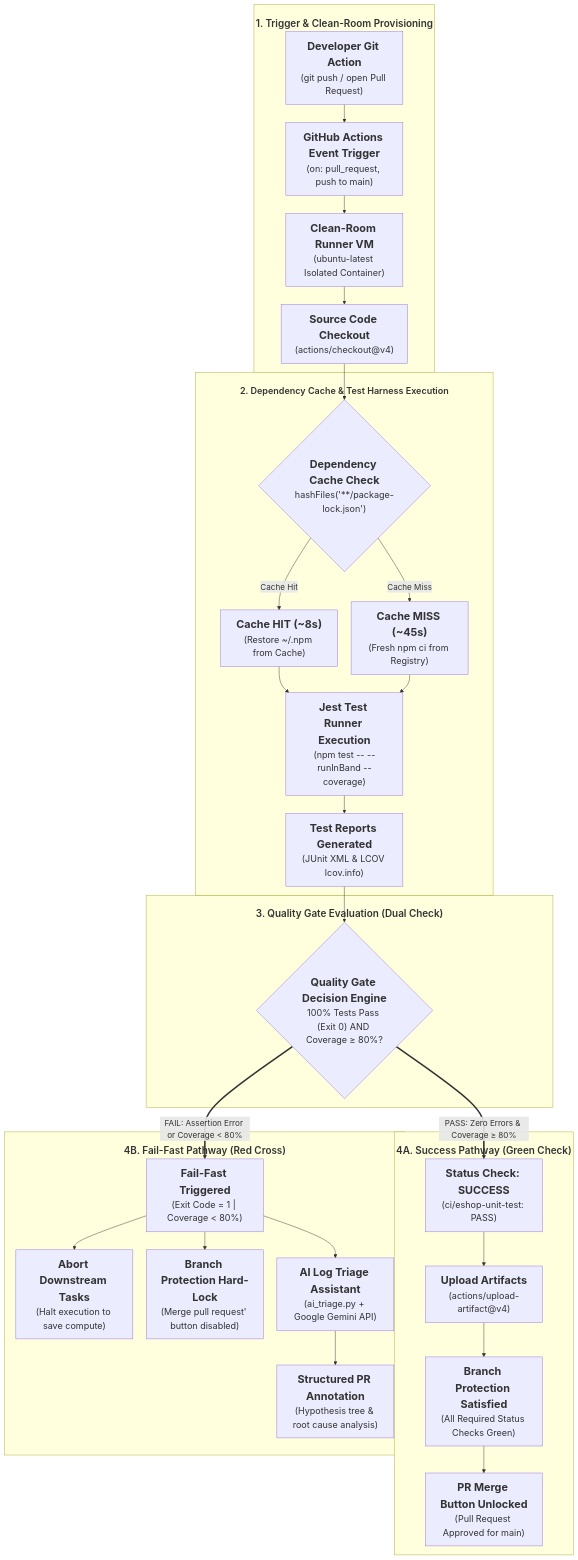
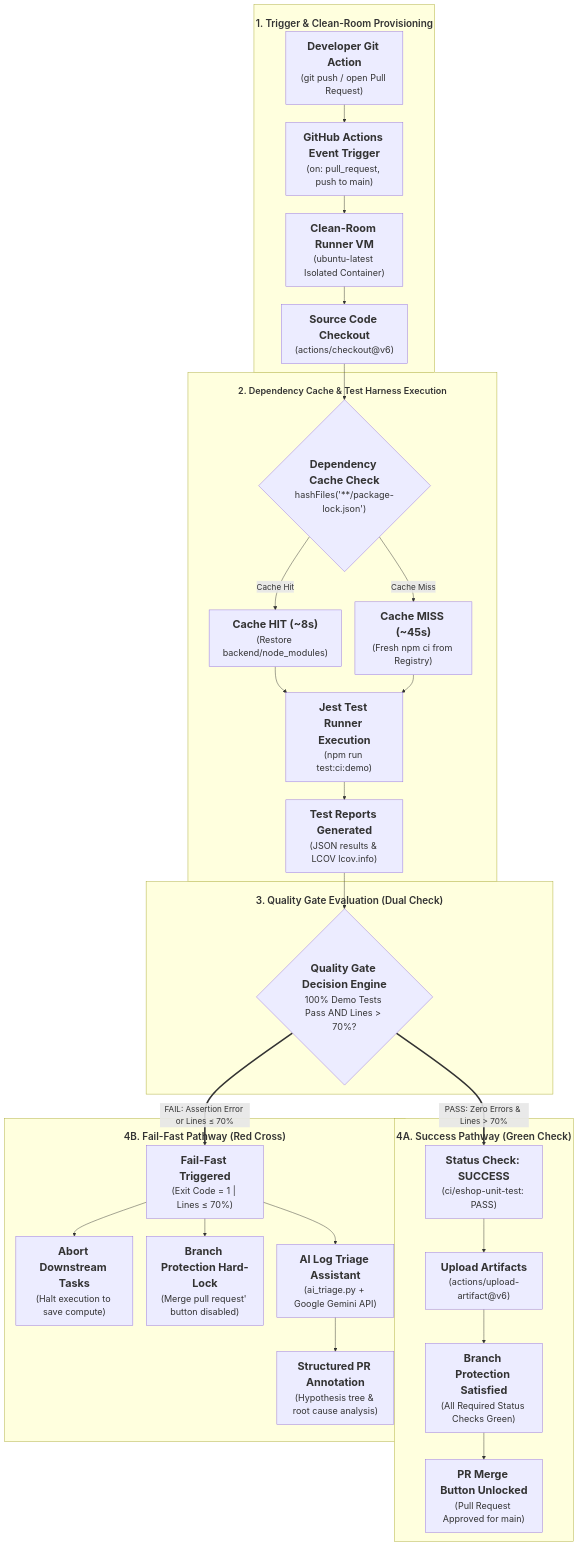
Before and after one commit to SoftwareTesting-Group13/eshop-sut-seminar: the second of 3 diagrams in User_Guide.md, drawn with Mermaid. The commit also changed other lines of this file, not shown here.

````diff
--- a/User_Guide.md
+++ b/User_Guide.md
@@ -404,82 +399,82 @@
 ```mermaid
 %%{init: {
   'flowchart': {
     'nodeSpacing': 30,
     'rankSpacing': 40,
     'curve': 'basis',
     'htmlLabels': true,
     'subGraphTitleMargin': {
       'top': 25,
       'bottom': 15
     }
   },
   'themeVariables': {
     'fontSize': '18px',
     'fontFamily': 'Segoe UI, Helvetica, Arial, sans-serif'
   }
 }}%%
 flowchart TB
     %% Stage 1: Trigger & Environment
     subgraph TriggerStage ["<span style='font-size:22px; font-weight:600;'>1. Trigger & Clean-Room Provisioning</span>"]
         DevAction["<b><span style='font-size:24px;'>Developer Git Action</span></b><br/><span style='font-size:20px;'>(git push / open Pull Request)</span>"]
         GHAEvent["<b><span style='font-size:24px;'>GitHub Actions Event Trigger</span></b><br/><span style='font-size:20px;'>(on: pull_request, push to main)</span>"]
         CleanRunner["<b><span style='font-size:24px;'>Clean-Room Runner VM</span></b><br/><span style='font-size:20px;'>(ubuntu-latest Isolated Container)</span>"]
-        RepoCheckout["<b><span style='font-size:24px;'>Source Code Checkout</span></b><br/><span style='font-size:20px;'>(actions/checkout@v4)</span>"]
+        RepoCheckout["<b><span style='font-size:24px;'>Source Code Checkout</span></b><br/><span style='font-size:20px;'>(actions/checkout@v6)</span>"]
 
         DevAction --> GHAEvent
         GHAEvent --> CleanRunner
         CleanRunner --> RepoCheckout
     end
 
     %% Stage 2: Cache & Execution
     subgraph ExecutionStage ["<span style='font-size:20px; font-weight:600;'>2. Dependency Cache & Test Harness Execution</span>"]
         CacheEval{"<b><span style='font-size:24px;'>Dependency Cache Check</span></b><br/><span style='font-size:20px;'>hashFiles('**/package-lock.json')</span>"}
-        CacheHit["<b><span style='font-size:24px;'>Cache HIT (~8s)</span></b><br/><span style='font-size:20px;'>(Restore ~/.npm from Cache)</span>"]
+        CacheHit["<b><span style='font-size:24px;'>Cache HIT (~8s)</span></b><br/><span style='font-size:20px;'>(Restore backend/node_modules)</span>"]
         CacheMiss["<b><span style='font-size:24px;'>Cache MISS (~45s)</span></b><br/><span style='font-size:20px;'>(Fresh npm ci from Registry)</span>"]
-        JestRun["<b><span style='font-size:24px;'>Jest Test Runner Execution</span></b><br/><span style='font-size:20px;'>(npm test -- --runInBand --coverage)</span>"]
-        ArtifactGen["<b><span style='font-size:24px;'>Test Reports Generated</span></b><br/><span style='font-size:20px;'>(JUnit XML & LCOV lcov.info)</span>"]
+        JestRun["<b><span style='font-size:24px;'>Jest Test Runner Execution</span></b><br/><span style='font-size:20px;'>(npm run test:ci:demo)</span>"]
+        ArtifactGen["<b><span style='font-size:24px;'>Test Reports Generated</span></b><br/><span style='font-size:20px;'>(JSON results & LCOV lcov.info)</span>"]
 
         RepoCheckout --> CacheEval
         CacheEval -->|Cache Hit| CacheHit
         CacheEval -->|Cache Miss| CacheMiss
         CacheHit --> JestRun
         CacheMiss --> JestRun
         JestRun --> ArtifactGen
     end
 
     %% Stage 3: Quality Gate Decision
     subgraph QualityGateStage ["<span style='font-size:22px; font-weight:600;'>3. Quality Gate Evaluation (Dual Check)</span>"]
-        GateEngine{"<b><span style='font-size:24px;'>Quality Gate Decision Engine</span></b><br/><span style='font-size:20px;'>100% Tests Pass (Exit 0) AND Coverage ≥ 80%?</span>"}
+        GateEngine{"<b><span style='font-size:24px;'>Quality Gate Decision Engine</span></b><br/><span style='font-size:20px;'>100% Demo Tests Pass AND Lines > 70%?</span>"}
         ArtifactGen --> GateEngine
     end
 
     %% Stage 4A: Success Path
     subgraph SuccessPath ["<span style='font-size:22px; font-weight:600;'>4A. Success Pathway (Green Check)</span>"]
         StatusPass["<b><span style='font-size:24px;'>Status Check: SUCCESS</span></b><br/><span style='font-size:20px;'>(ci/eshop-unit-test: PASS)</span>"]
-        UploadArt["<b><span style='font-size:24px;'>Upload Artifacts</span></b><br/><span style='font-size:20px;'>(actions/upload-artifact@v4)</span>"]
+        UploadArt["<b><span style='font-size:24px;'>Upload Artifacts</span></b><br/><span style='font-size:20px;'>(actions/upload-artifact@v6)</span>"]
         BranchUnlock["<b><span style='font-size:24px;'>Branch Protection Satisfied</span></b><br/><span style='font-size:20px;'>(All Required Status Checks Green)</span>"]
         MergeEnabled["<b><span style='font-size:24px;'>PR Merge Button Unlocked</span></b><br/><span style='font-size:20px;'>(Pull Request Approved for main)</span>"]
 
         StatusPass --> UploadArt
         UploadArt --> BranchUnlock
         BranchUnlock --> MergeEnabled
     end
 
     %% Stage 4B: Fail-Fast Path
     subgraph FailFastPath ["<span style='font-size:22px; font-weight:600;'>4B. Fail-Fast Pathway (Red Cross)</span>"]
-        StatusFail["<b><span style='font-size:24px;'>Fail-Fast Triggered</span></b><br/><span style='font-size:20px;'>(Exit Code = 1 | Coverage < 80%)</span>"]
+        StatusFail["<b><span style='font-size:24px;'>Fail-Fast Triggered</span></b><br/><span style='font-size:20px;'>(Exit Code = 1 | Lines ≤ 70%)</span>"]
         AbortJob["<b><span style='font-size:24px;'>Abort Downstream Tasks</span></b><br/><span style='font-size:20px;'>(Halt execution to save compute)</span>"]
         BranchLock["<b><span style='font-size:24px;'>Branch Protection Hard-Lock</span></b><br/><span style='font-size:20px;'>(Merge pull request' button disabled)</span>"]
         AIAssistant["<b><span style='font-size:24px;'>AI Log Triage Assistant</span></b><br/><span style='font-size:20px;'>(ai_triage.py + Google Gemini API)</span>"]
         PRAnnotation["<b><span style='font-size:24px;'>Structured PR Annotation</span></b><br/><span style='font-size:20px;'>(Hypothesis tree & root cause analysis)</span>"]
 
         StatusFail --> AbortJob
         StatusFail --> BranchLock
         StatusFail --> AIAssistant
         AIAssistant --> PRAnnotation
     end
 
     %% Decision Route Connections
-    GateEngine ==>|PASS: Zero Errors & Coverage ≥ 80%| StatusPass
-    GateEngine ==>|FAIL: Assertion Error or Coverage < 80%| StatusFail
+    GateEngine ==>|PASS: Zero Errors & Lines > 70%| StatusPass
+    GateEngine ==>|FAIL: Assertion Error or Lines ≤ 70%| StatusFail
 ```
````
